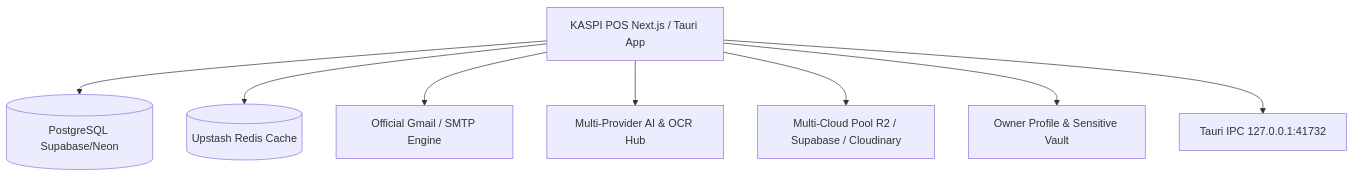
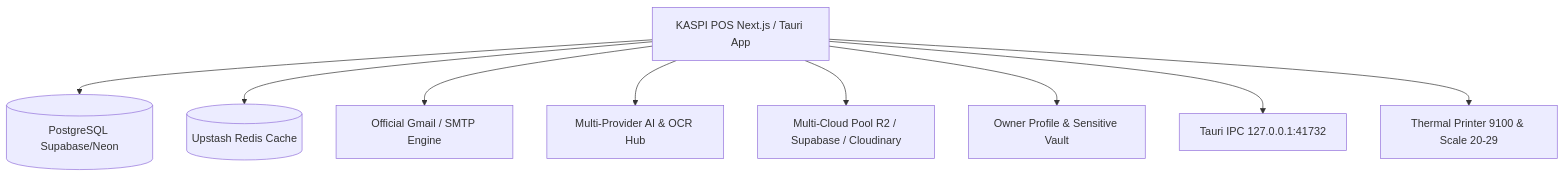
Before and after one commit to ismaildormi/kaspi-pos: the diagram in KASPI_MASTER_CREDENTIALS_AND_RESOURCES_AUDIT.md, drawn with Mermaid. The commit also changed other lines of this file and 12 other files, not shown here.

````diff
--- a/KASPI_MASTER_CREDENTIALS_AND_RESOURCES_AUDIT.md
+++ b/KASPI_MASTER_CREDENTIALS_AND_RESOURCES_AUDIT.md
@@ -16,10 +14,11 @@
 ```mermaid
 graph TD
     App[KASPI POS Next.js / Tauri App] --> DB[(PostgreSQL Supabase/Neon)]
     App --> Redis[(Upstash Redis Cache)]
     App --> Mailer[Official Gmail / SMTP Engine]
     App --> AI[Multi-Provider AI & OCR Hub]
     App --> Storage[Multi-Cloud Pool R2 / Supabase / Cloudinary]
     App --> Vault[Owner Profile & Sensitive Vault]
     App --> Desktop[Tauri IPC 127.0.0.1:41732]
+    App --> Hardware[Thermal Printer 9100 & Scale 20-29]
 ```
````
